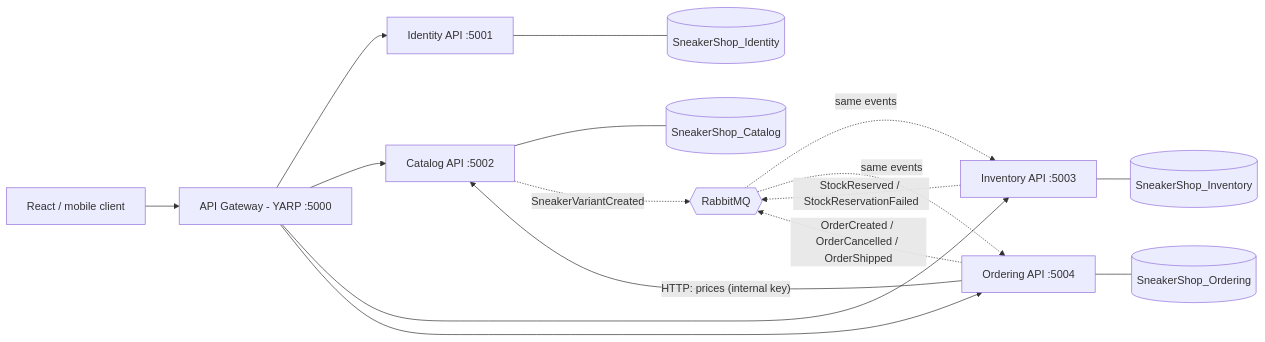
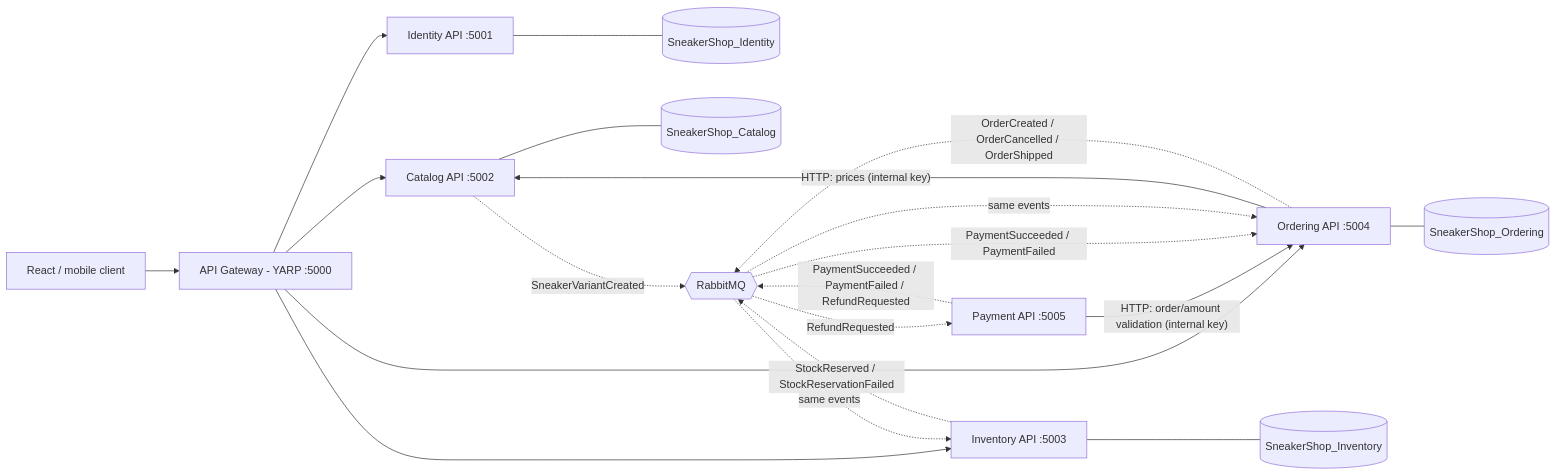
The diagram in README.md (Hoang223678/SneakerShop), drawn with Mermaid before and after one commit. The commit also changed other lines of this file and 56 other files, not shown here.

````diff
--- a/README.md
+++ b/README.md
@@ -8,18 +8,23 @@
 ```mermaid
 flowchart LR
     Client[React / mobile client] --> GW[API Gateway - YARP :5000]
     GW --> ID[Identity API :5001]
     GW --> CAT[Catalog API :5002]
     GW --> INV[Inventory API :5003]
     GW --> ORD[Ordering API :5004]
+    PAY[Payment API :5005]
     ID --- DB1[(SneakerShop_Identity)]
     CAT --- DB2[(SneakerShop_Catalog)]
     INV --- DB3[(SneakerShop_Inventory)]
     ORD --- DB4[(SneakerShop_Ordering)]
     ORD -- "HTTP: prices (internal key)" --> CAT
+    PAY -- "HTTP: order/amount validation (internal key)" --> ORD
+    PAY -. PaymentSucceeded / PaymentFailed / RefundRequested .-> MQ
+    MQ -. PaymentSucceeded / PaymentFailed .-> ORD
+    MQ -. RefundRequested .-> PAY
     CAT -. SneakerVariantCreated .-> MQ{{RabbitMQ}}
     ORD -. OrderCreated / OrderCancelled / OrderShipped .-> MQ
     MQ -. same events .-> INV
     INV -. StockReserved / StockReservationFailed .-> MQ
     MQ -. same events .-> ORD
 ```
````
